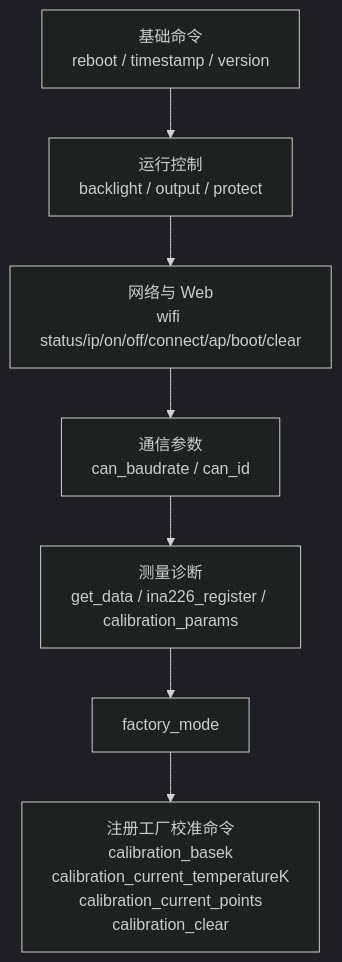
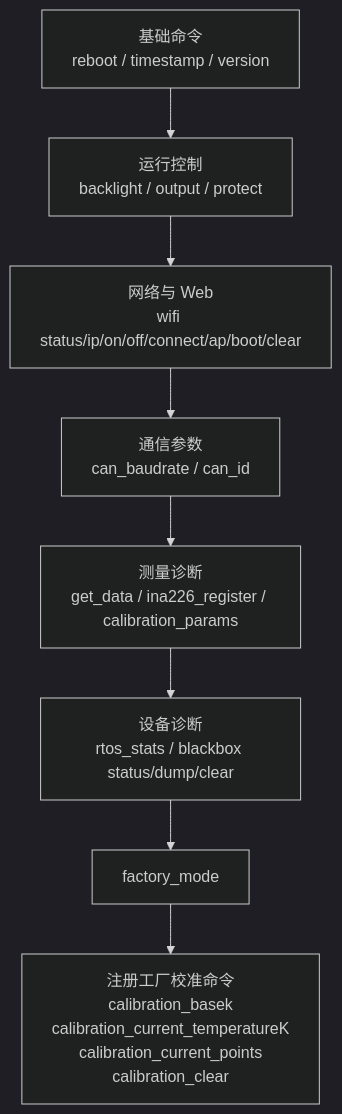
Before and after one commit to qingmeijiupiao/Wireless_power_meter_lite: the second of 2 diagrams in components/app/shell_command/README.md, drawn with Mermaid (dark theme). The commit also changed other lines of this file and 35 other files, not shown here.

````diff
--- a/components/app/shell_command/README.md
+++ b/components/app/shell_command/README.md
@@ -31,9 +32,10 @@
 ```mermaid
 flowchart TD
     Base["基础命令<br/>reboot / timestamp / version"] --> Runtime["运行控制<br/>backlight / output / protect"]
     Runtime --> Network["网络与 Web<br/>wifi status/ip/on/off/connect/ap/boot/clear"]
     Network --> Bus["通信参数<br/>can_baudrate / can_id"]
     Bus --> Measure["测量诊断<br/>get_data / ina226_register / calibration_params"]
-    Measure --> Factory["factory_mode"]
+    Measure --> Diagnose["设备诊断<br/>rtos_stats / blackbox status/dump/clear"]
+    Diagnose --> Factory["factory_mode"]
     Factory --> Hidden["注册工厂校准命令<br/>calibration_basek<br/>calibration_current_temperatureK<br/>calibration_current_points<br/>calibration_clear"]
 ```
````
